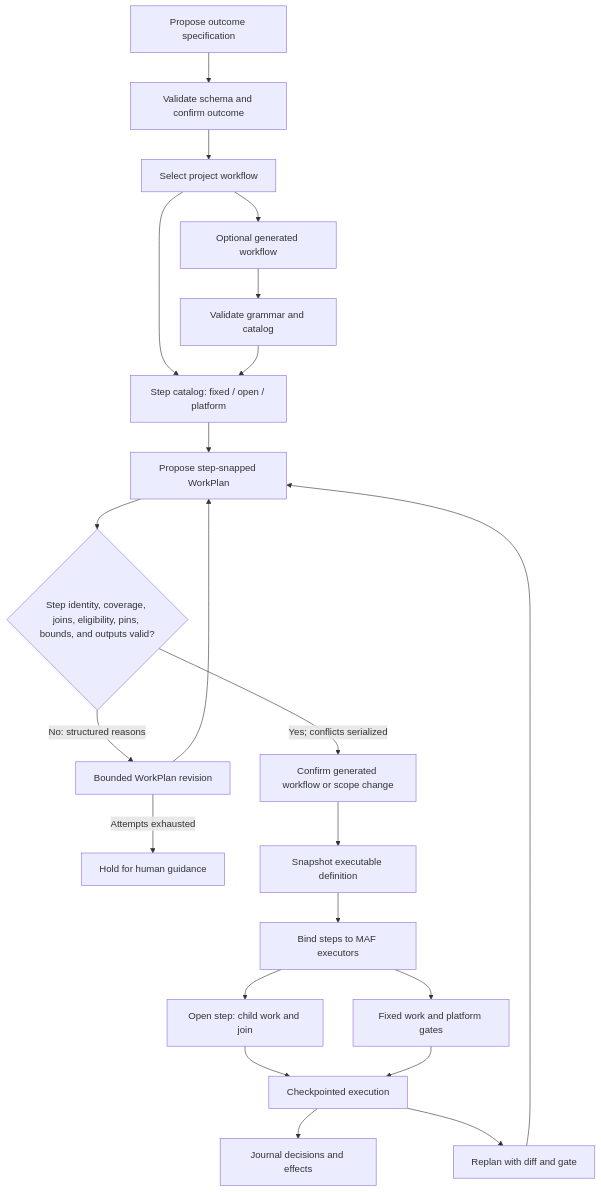
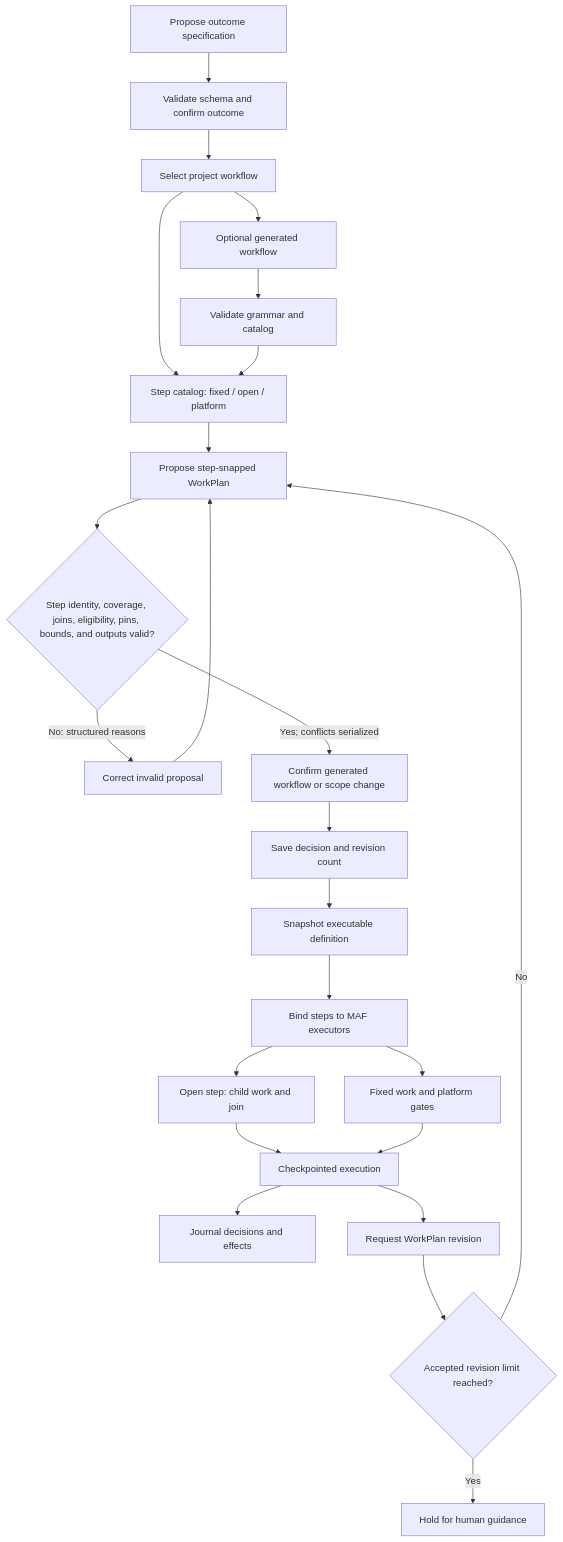
Before and after one commit to sabbour/agentweaver: the first of 3 diagrams in docs/architecture/design/orchestration.md, drawn with Mermaid. The commit also changed other lines of this file and 19 other files, not shown here.

Commit message:
Bound work-plan revisions and authenticate fixed runtime readiness

````diff
--- a/docs/architecture/design/orchestration.md
+++ b/docs/architecture/design/orchestration.md
@@ -328,24 +336,26 @@
 ```mermaid
 flowchart TD
     A["Propose outcome specification"] --> B["Validate schema and confirm outcome"]
     B --> C["Select project workflow"]
     C --> D["Step catalog: fixed / open / platform"]
     C --> E["Optional generated workflow"]
     E --> F["Validate grammar and catalog"]
     F --> D
     D --> G["Propose step-snapped WorkPlan"]
     G -->     V{"Step identity, coverage, joins, eligibility, pins, bounds, and outputs valid?"}
-    V -->|"No: structured reasons"| R["Bounded WorkPlan revision"]
+    V -->|"No: structured reasons"| R["Correct invalid proposal"]
     R --> G
-    R -->|"Attempts exhausted"| Z["Hold for human guidance"]
     V -->|"Yes; conflicts serialized"| H["Confirm generated workflow or scope change"]
-    H --> S["Snapshot executable definition"]
+    H --> N["Save decision and revision count"]
+    N --> S["Snapshot executable definition"]
     S --> M["Bind steps to MAF executors"]
     M --> O["Open step: child work and join"]
     M --> T["Fixed work and platform gates"]
     O --> X["Checkpointed execution"]
     T --> X
     X --> J["Journal decisions and effects"]
-    X --> Y["Replan with diff and gate"]
-    Y --> G
+    X --> Y["Request WorkPlan revision"]
+    Y --> L{"Accepted revision limit reached?"}
+    L -->|"Yes"| Z["Hold for human guidance"]
+    L -->|"No"| G
 ```
````
